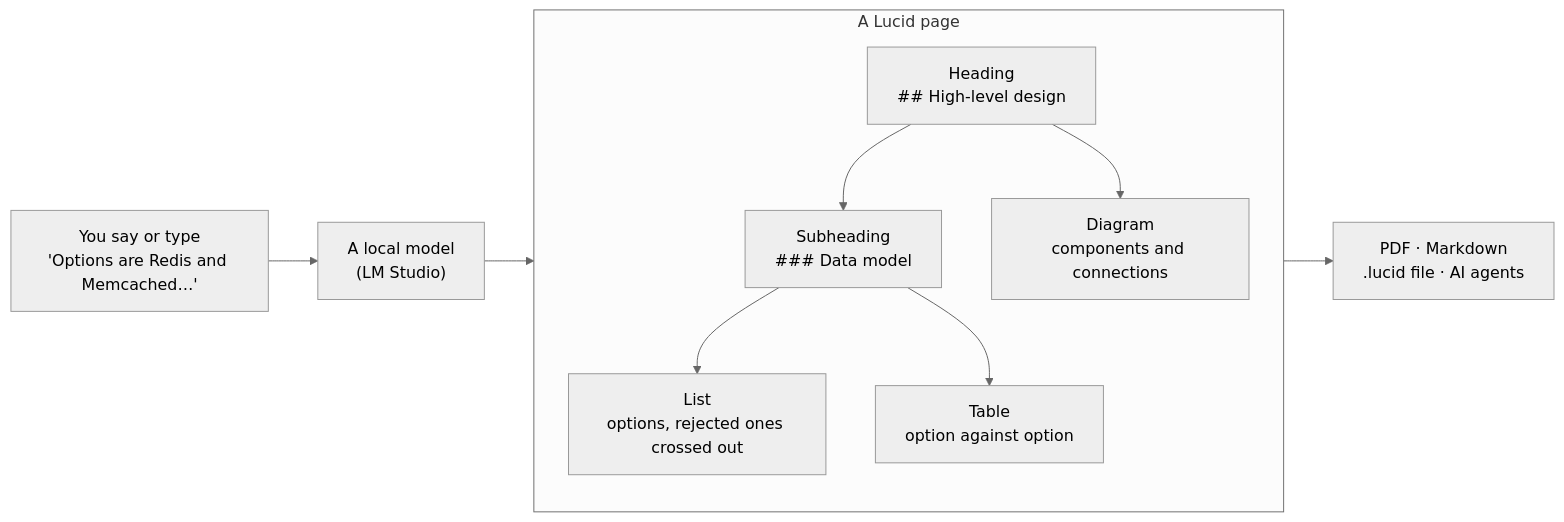
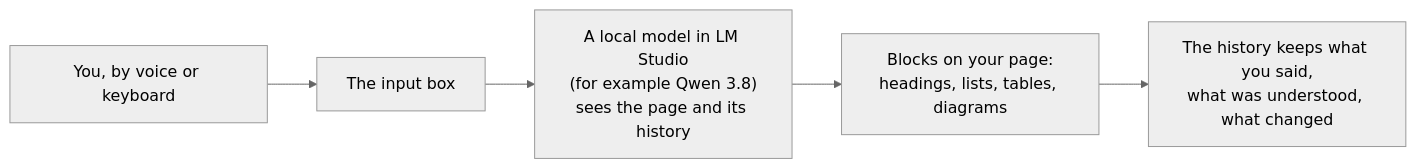
Before and after one commit to triggeredcode/lucid: the diagram in README.md, drawn with Mermaid (neutral theme). The commit also changed other lines of this file and 139 other files, not shown here.

````diff
--- a/README.md
+++ b/README.md
@@ -41,13 +45,7 @@
 ```mermaid
 flowchart LR
-  say["You say or type<br/>'Options are Redis and Memcached…'"] --> model["A local model<br/>(LM Studio)"]
-  model --> page
-  subgraph page["A Lucid page"]
-    direction TB
-    H["Heading<br/>## High-level design"] --> SH["Subheading<br/>### Data model"]
-    H --> D["Diagram<br/>components and connections"]
-    SH --> L["List<br/>options, rejected ones crossed out"]
-    SH --> T["Table<br/>option against option"]
-  end
-  page --> out["PDF · Markdown<br/>.lucid file · AI agents"]
+  you["You, by voice or keyboard"] --> box["The input box"]
+  box --> model["A local model in LM Studio<br/>(for example Qwen 3.8)<br/>sees the page and its history"]
+  model --> page["Blocks on your page:<br/>headings, lists, tables, diagrams"]
+  page --> history["The history keeps what you said,<br/>what was understood, what changed"]
 ```
````
